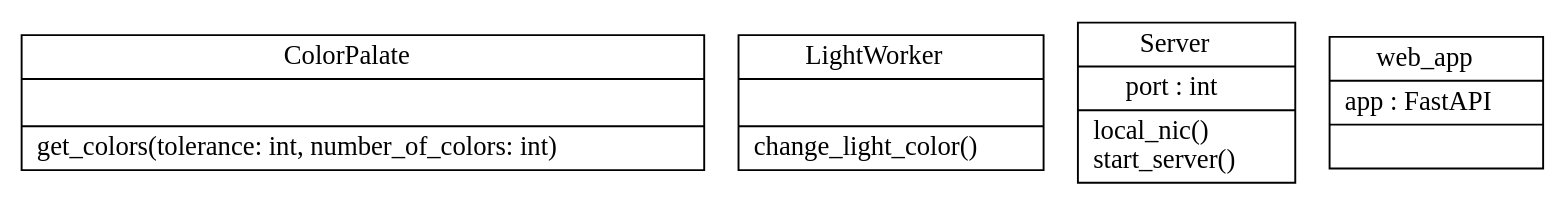
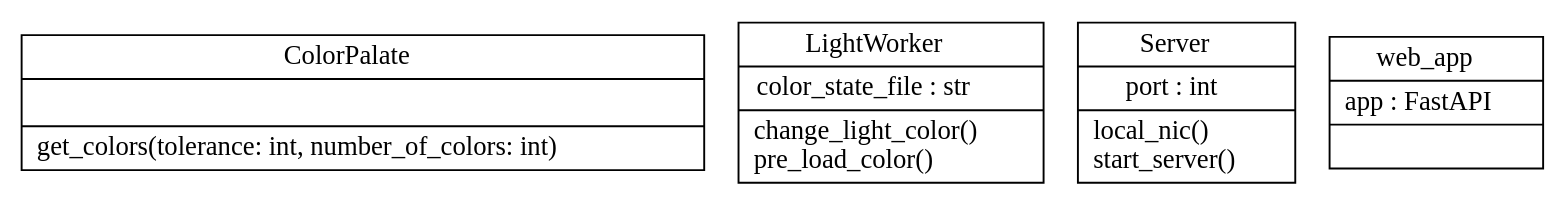
Before and after one commit to Jelloeater/porch_light: the diagram in docs/classes.dot, drawn with Graphviz. The commit also changed 8 other files, not shown here.

Commit message:
Added pre-load test for color change

```diff
--- a/docs/classes.dot
+++ b/docs/classes.dot
@@ -1,8 +1,8 @@
 digraph "classes" {
 rankdir=BT
 charset="utf-8"
 "pl_worker.porch_light.ColorPalate" [color="black", fontcolor="black", label=<{ColorPalate|<br ALIGN="LEFT"/>|get_colors(tolerance: int, number_of_colors: int)<br ALIGN="LEFT"/>}>, shape="record", style="solid"];
-"pl_worker.porch_light.LightWorker" [color="black", fontcolor="black", label=<{LightWorker|<br ALIGN="LEFT"/>|change_light_color()<br ALIGN="LEFT"/>}>, shape="record", style="solid"];
+"pl_worker.porch_light.LightWorker" [color="black", fontcolor="black", label=<{LightWorker|color_state_file : str<br ALIGN="LEFT"/>|change_light_color()<br ALIGN="LEFT"/>pre_load_color()<br ALIGN="LEFT"/>}>, shape="record", style="solid"];
 "pl_worker.webserver.Server" [color="black", fontcolor="black", label=<{Server|port : int<br ALIGN="LEFT"/>|local_nic()<br ALIGN="LEFT"/>start_server()<br ALIGN="LEFT"/>}>, shape="record", style="solid"];
 "pl_worker.webserver.web_app" [color="black", fontcolor="black", label=<{web_app|app : FastAPI<br ALIGN="LEFT"/>|}>, shape="record", style="solid"];
 }
```
